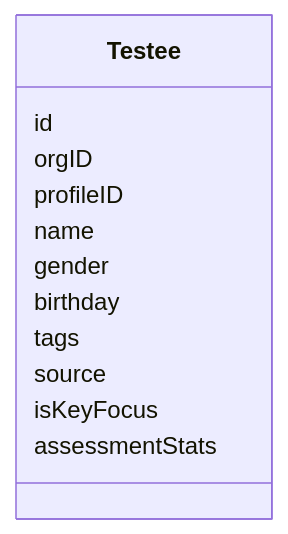
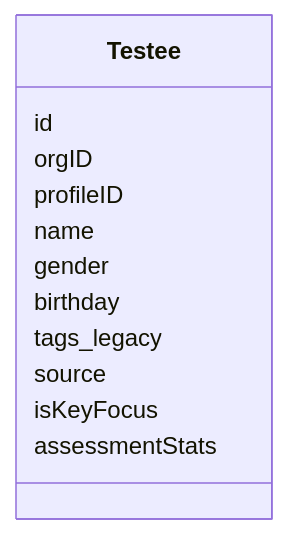
The first of 2 diagrams in docs/02-业务模块/actor/01-Testee与标签.md (FangcunMount/qs-server), drawn with Mermaid before and after one commit. The commit also changed other lines of this file and 61 other files, not shown here.

````diff
--- a/docs/02-业务模块/actor/01-Testee与标签.md
+++ b/docs/02-业务模块/actor/01-Testee与标签.md
@@ -43,15 +43,15 @@
 ```mermaid
 classDiagram
     class Testee {
         id
         orgID
         profileID
         name
         gender
         birthday
-        tags
+        tags_legacy
         source
         isKeyFocus
         assessmentStats
     }
 ```
````
